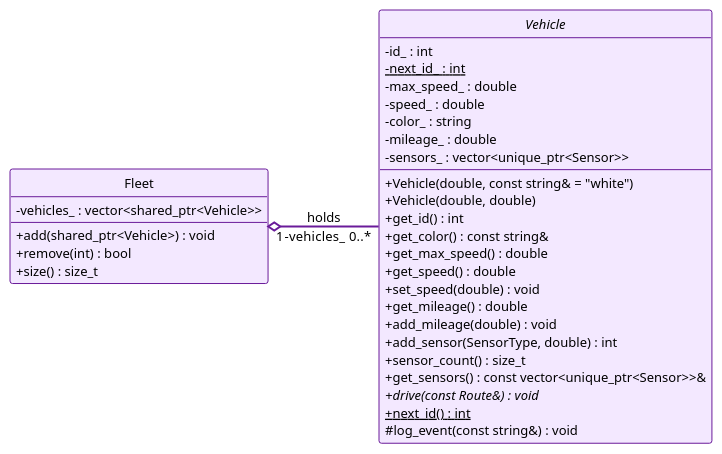
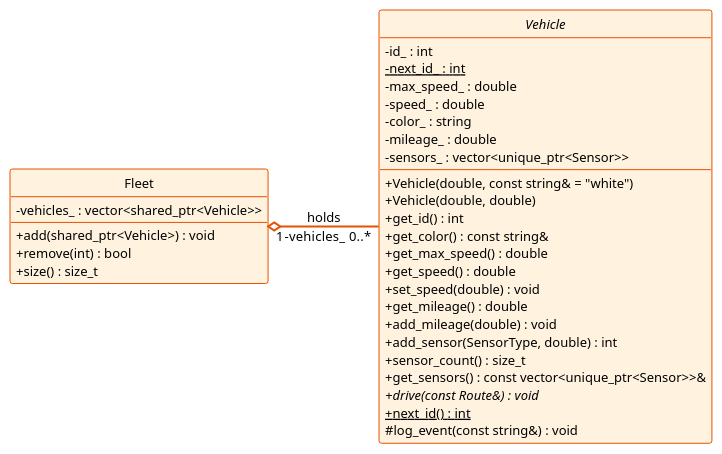
One commit to zeidk/enpm702-fall-2026-cpp changed the diagram in project/week9/uml/model_l9_aggregation_members.plantuml. Above: the diagram before and after it, drawn with PlantUML. The commit also changed 28 other files, not shown here.

```diff
--- a/project/week9/uml/model_l9_aggregation_members.plantuml
+++ b/project/week9/uml/model_l9_aggregation_members.plantuml
@@ -1,50 +1,50 @@
 @startuml model_l9_aggregation_members
 ' Generated for the slides.
 !theme mono
 skinparam backgroundColor white
 skinparam defaultFontName "Fira Sans"
 skinparam defaultFontSize 13
 skinparam shadowing false
 skinparam classAttributeIconSize 0
 skinparam nodesep 30
 skinparam ranksep 75
 skinparam ArrowThickness 1.5
 hide circle
 hide empty members
 
 
 left to right direction
 
-class Fleet #back:F3E8FF;line:6A1B9A;text:000000 {
+class Fleet #back:FFF3E0;line:E65100;text:000000 {
   - vehicles_ : vector<shared_ptr<Vehicle>>
   + add(shared_ptr<Vehicle>) : void
   + remove(int) : bool
   + size() : size_t
 }
-abstract class Vehicle #back:F3E8FF;line:6A1B9A;text:000000 {
+abstract class Vehicle #back:FFF3E0;line:E65100;text:000000 {
   - id_ : int
   - {static} next_id_ : int
   - max_speed_ : double
   - speed_ : double
   - color_ : string
   - mileage_ : double
   - sensors_ : vector<unique_ptr<Sensor>>
   + Vehicle(double, const string& = "white")
   + Vehicle(double, double)
   + get_id() : int
   + get_color() : const string&
   + get_max_speed() : double
   + get_speed() : double
   + set_speed(double) : void
   + get_mileage() : double
   + add_mileage(double) : void
   + add_sensor(SensorType, double) : int
   + sensor_count() : size_t
   + get_sensors() : const vector<unique_ptr<Sensor>>&
   + {abstract} drive(const Route&) : void
   + {static} next_id() : int
   # log_event(const string&) : void
 }
 
-Fleet "<color:#000000>1</color>" o-[#6A1B9A,thickness=2]- "<color:#000000>-vehicles_  0..*</color>" Vehicle : <color:#000000>holds</color>
+Fleet "<color:#000000>1</color>" o-[#E65100,thickness=2]- "<color:#000000>-vehicles_  0..*</color>" Vehicle : <color:#000000>holds</color>
 @enduml
```
